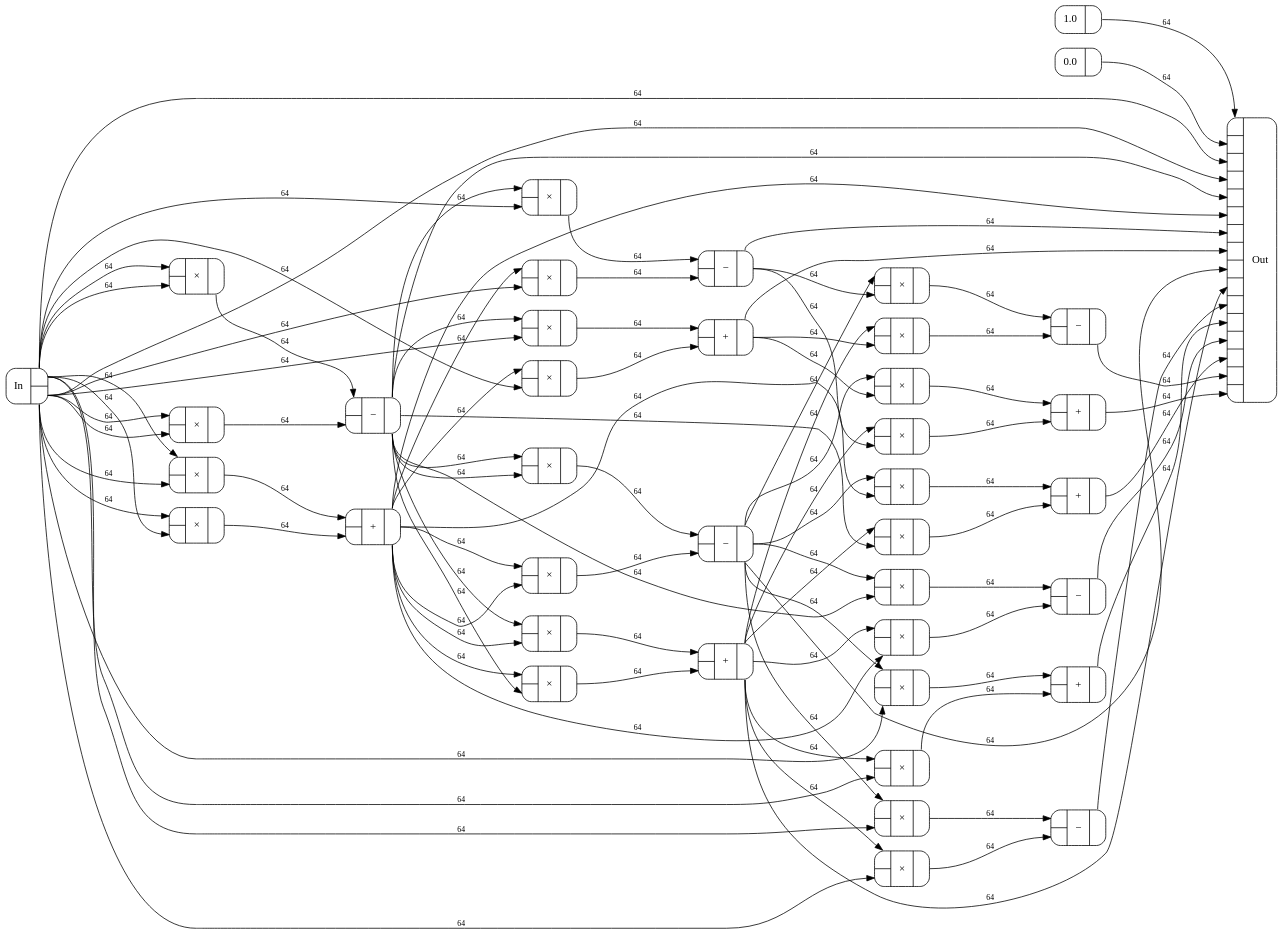
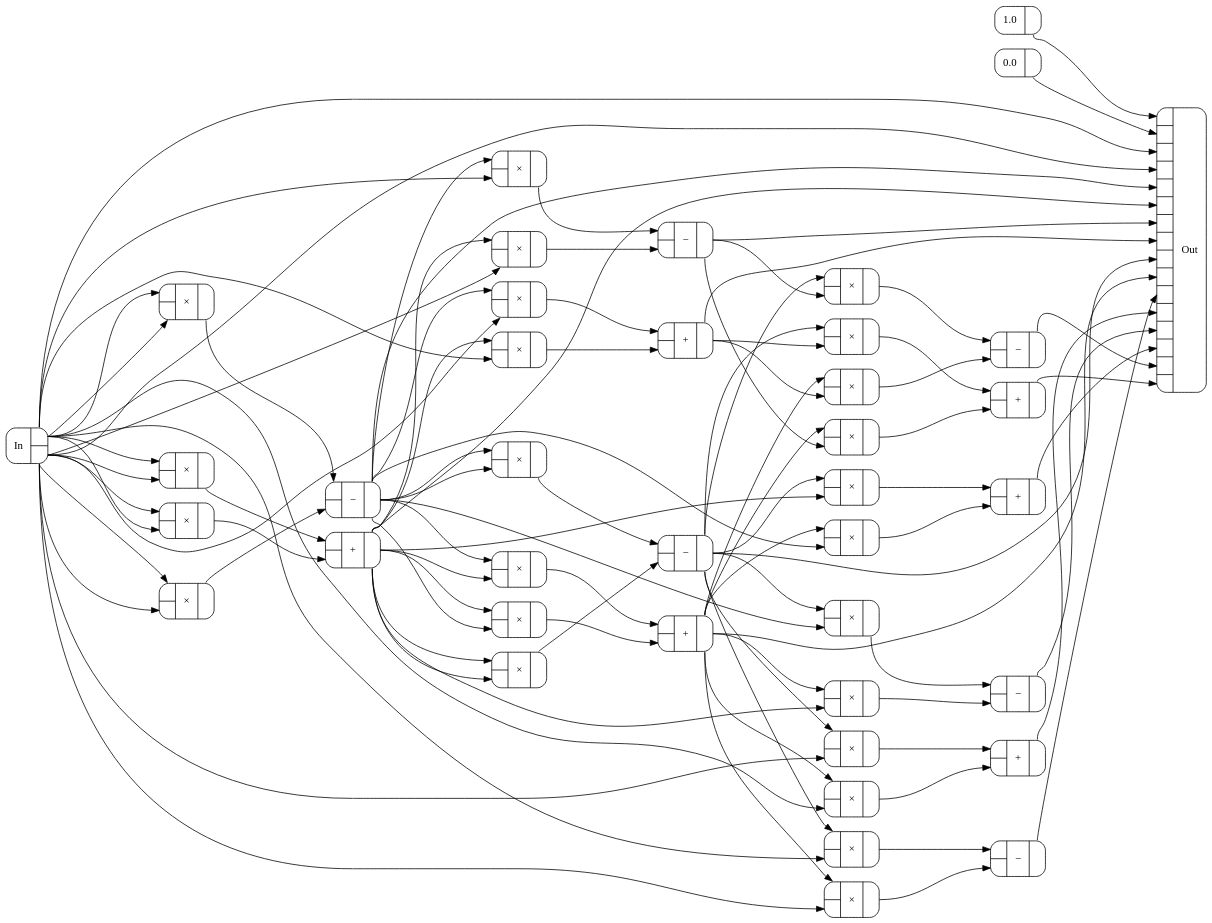
The diagram in Figures/circuits/powersp-rb3-c.dot (conal/talk-2016-generic-fft), drawn with Graphviz before and after one commit. The commit also changed 5 other files, not shown here.

```diff
--- a/Figures/circuits/powersp-rb3-c.dot
+++ b/Figures/circuits/powersp-rb3-c.dot
@@ -1,137 +1,137 @@
 digraph powersp_rb3_c {
   rankdir=LR;
   node [shape=Mrecord];
   bgcolor=transparent;
   nslimit=20;
   ranksep="2.0";
   c0 [label="{{<In0>|<In1>}|+|{<Out0>}}"];
   c1 [label="{{<In0>|<In1>}|+|{<Out0>}}"];
   c2 [label="{{<In0>|<In1>}|+|{<Out0>}}"];
   c4 [label="{{<In0>|<In1>}|+|{<Out0>}}"];
   c5 [label="{{<In0>|<In1>}|+|{<Out0>}}"];
   c6 [label="{{<In0>|<In1>}|+|{<Out0>}}"];
   c7 [label="{0.0|{<Out0>}}"];
   c8 [label="{1.0|{<Out0>}}"];
   c9 [label="{In|{<Out0>|<Out1>}}"];
   c10 [label="{{<In0>|<In1>|<In2>|<In3>|<In4>|<In5>|<In6>|<In7>|<In8>|<In9>|<In10>|<In11>|<In12>|<In13>|<In14>|<In15>}|Out}"];
   c11 [label="{{<In0>|<In1>}|\×|{<Out0>}}"];
   c12 [label="{{<In0>|<In1>}|\×|{<Out0>}}"];
   c13 [label="{{<In0>|<In1>}|\×|{<Out0>}}"];
   c14 [label="{{<In0>|<In1>}|\×|{<Out0>}}"];
   c15 [label="{{<In0>|<In1>}|\×|{<Out0>}}"];
   c16 [label="{{<In0>|<In1>}|\×|{<Out0>}}"];
   c17 [label="{{<In0>|<In1>}|\×|{<Out0>}}"];
   c18 [label="{{<In0>|<In1>}|\×|{<Out0>}}"];
   c19 [label="{{<In0>|<In1>}|\×|{<Out0>}}"];
   c20 [label="{{<In0>|<In1>}|\×|{<Out0>}}"];
   c21 [label="{{<In0>|<In1>}|\×|{<Out0>}}"];
   c22 [label="{{<In0>|<In1>}|\×|{<Out0>}}"];
   c23 [label="{{<In0>|<In1>}|\×|{<Out0>}}"];
   c24 [label="{{<In0>|<In1>}|\×|{<Out0>}}"];
   c25 [label="{{<In0>|<In1>}|\×|{<Out0>}}"];
   c26 [label="{{<In0>|<In1>}|\×|{<Out0>}}"];
   c29 [label="{{<In0>|<In1>}|\×|{<Out0>}}"];
   c30 [label="{{<In0>|<In1>}|\×|{<Out0>}}"];
   c31 [label="{{<In0>|<In1>}|\×|{<Out0>}}"];
   c32 [label="{{<In0>|<In1>}|\×|{<Out0>}}"];
   c33 [label="{{<In0>|<In1>}|\×|{<Out0>}}"];
   c34 [label="{{<In0>|<In1>}|\×|{<Out0>}}"];
   c37 [label="{{<In0>|<In1>}|\×|{<Out0>}}"];
   c38 [label="{{<In0>|<In1>}|\×|{<Out0>}}"];
   c39 [label="{{<In0>|<In1>}|\−|{<Out0>}}"];
   c40 [label="{{<In0>|<In1>}|\−|{<Out0>}}"];
   c41 [label="{{<In0>|<In1>}|\−|{<Out0>}}"];
   c43 [label="{{<In0>|<In1>}|\−|{<Out0>}}"];
   c44 [label="{{<In0>|<In1>}|\−|{<Out0>}}"];
   c45 [label="{{<In0>|<In1>}|\−|{<Out0>}}"];
-  c12:Out0 -> c0:In0 [label=64,fontsize=10];
-  c13:Out0 -> c0:In1 [label=64,fontsize=10];
-  c18:Out0 -> c1:In0 [label=64,fontsize=10];
-  c21:Out0 -> c1:In1 [label=64,fontsize=10];
-  c16:Out0 -> c2:In0 [label=64,fontsize=10];
-  c19:Out0 -> c2:In1 [label=64,fontsize=10];
-  c24:Out0 -> c4:In0 [label=64,fontsize=10];
-  c31:Out0 -> c4:In1 [label=64,fontsize=10];
-  c26:Out0 -> c5:In0 [label=64,fontsize=10];
-  c33:Out0 -> c5:In1 [label=64,fontsize=10];
-  c30:Out0 -> c6:In0 [label=64,fontsize=10];
-  c37:Out0 -> c6:In1 [label=64,fontsize=10];
-  c8:Out0 -> c10:In0 [label=64,fontsize=10];
-  c7:Out0 -> c10:In1 [label=64,fontsize=10];
-  c9:Out0 -> c10:In2 [label=64,fontsize=10];
-  c9:Out1 -> c10:In3 [label=64,fontsize=10];
-  c39:Out0 -> c10:In4 [label=64,fontsize=10];
-  c0:Out0 -> c10:In5 [label=64,fontsize=10];
-  c41:Out0 -> c10:In6 [label=64,fontsize=10];
-  c2:Out0 -> c10:In7 [label=64,fontsize=10];
-  c40:Out0 -> c10:In8 [label=64,fontsize=10];
-  c1:Out0 -> c10:In9 [label=64,fontsize=10];
-  c43:Out0 -> c10:In10 [label=64,fontsize=10];
-  c4:Out0 -> c10:In11 [label=64,fontsize=10];
-  c44:Out0 -> c10:In12 [label=64,fontsize=10];
-  c5:Out0 -> c10:In13 [label=64,fontsize=10];
-  c45:Out0 -> c10:In14 [label=64,fontsize=10];
-  c6:Out0 -> c10:In15 [label=64,fontsize=10];
-  c9:Out0 -> c11:In0 [label=64,fontsize=10];
-  c9:Out0 -> c11:In1 [label=64,fontsize=10];
-  c9:Out0 -> c12:In0 [label=64,fontsize=10];
-  c9:Out1 -> c12:In1 [label=64,fontsize=10];
-  c9:Out1 -> c13:In0 [label=64,fontsize=10];
-  c9:Out0 -> c13:In1 [label=64,fontsize=10];
-  c9:Out1 -> c14:In0 [label=64,fontsize=10];
-  c9:Out1 -> c14:In1 [label=64,fontsize=10];
-  c39:Out0 -> c15:In0 [label=64,fontsize=10];
-  c9:Out0 -> c15:In1 [label=64,fontsize=10];
-  c39:Out0 -> c16:In0 [label=64,fontsize=10];
-  c9:Out1 -> c16:In1 [label=64,fontsize=10];
-  c39:Out0 -> c17:In0 [label=64,fontsize=10];
-  c39:Out0 -> c17:In1 [label=64,fontsize=10];
-  c39:Out0 -> c18:In0 [label=64,fontsize=10];
-  c0:Out0 -> c18:In1 [label=64,fontsize=10];
-  c0:Out0 -> c19:In0 [label=64,fontsize=10];
-  c9:Out0 -> c19:In1 [label=64,fontsize=10];
-  c0:Out0 -> c20:In0 [label=64,fontsize=10];
-  c9:Out1 -> c20:In1 [label=64,fontsize=10];
-  c0:Out0 -> c21:In0 [label=64,fontsize=10];
-  c39:Out0 -> c21:In1 [label=64,fontsize=10];
-  c0:Out0 -> c22:In0 [label=64,fontsize=10];
-  c0:Out0 -> c22:In1 [label=64,fontsize=10];
-  c40:Out0 -> c23:In0 [label=64,fontsize=10];
-  c9:Out0 -> c23:In1 [label=64,fontsize=10];
-  c40:Out0 -> c24:In0 [label=64,fontsize=10];
-  c9:Out1 -> c24:In1 [label=64,fontsize=10];
-  c40:Out0 -> c25:In0 [label=64,fontsize=10];
-  c39:Out0 -> c25:In1 [label=64,fontsize=10];
-  c40:Out0 -> c26:In0 [label=64,fontsize=10];
-  c0:Out0 -> c26:In1 [label=64,fontsize=10];
-  c40:Out0 -> c29:In0 [label=64,fontsize=10];
-  c41:Out0 -> c29:In1 [label=64,fontsize=10];
-  c40:Out0 -> c30:In0 [label=64,fontsize=10];
-  c2:Out0 -> c30:In1 [label=64,fontsize=10];
-  c1:Out0 -> c31:In0 [label=64,fontsize=10];
-  c9:Out0 -> c31:In1 [label=64,fontsize=10];
-  c1:Out0 -> c32:In0 [label=64,fontsize=10];
-  c9:Out1 -> c32:In1 [label=64,fontsize=10];
-  c1:Out0 -> c33:In0 [label=64,fontsize=10];
-  c39:Out0 -> c33:In1 [label=64,fontsize=10];
-  c1:Out0 -> c34:In0 [label=64,fontsize=10];
-  c0:Out0 -> c34:In1 [label=64,fontsize=10];
-  c1:Out0 -> c37:In0 [label=64,fontsize=10];
-  c41:Out0 -> c37:In1 [label=64,fontsize=10];
-  c1:Out0 -> c38:In0 [label=64,fontsize=10];
-  c2:Out0 -> c38:In1 [label=64,fontsize=10];
-  c11:Out0 -> c39:In0 [label=64,fontsize=10];
-  c14:Out0 -> c39:In1 [label=64,fontsize=10];
-  c17:Out0 -> c40:In0 [label=64,fontsize=10];
-  c22:Out0 -> c40:In1 [label=64,fontsize=10];
-  c15:Out0 -> c41:In0 [label=64,fontsize=10];
-  c20:Out0 -> c41:In1 [label=64,fontsize=10];
-  c23:Out0 -> c43:In0 [label=64,fontsize=10];
-  c32:Out0 -> c43:In1 [label=64,fontsize=10];
-  c25:Out0 -> c44:In0 [label=64,fontsize=10];
-  c34:Out0 -> c44:In1 [label=64,fontsize=10];
-  c29:Out0 -> c45:In0 [label=64,fontsize=10];
-  c38:Out0 -> c45:In1 [label=64,fontsize=10];
+  c12:Out0 -> c0:In0;
+  c13:Out0 -> c0:In1;
+  c18:Out0 -> c1:In0;
+  c21:Out0 -> c1:In1;
+  c16:Out0 -> c2:In0;
+  c19:Out0 -> c2:In1;
+  c24:Out0 -> c4:In0;
+  c31:Out0 -> c4:In1;
+  c26:Out0 -> c5:In0;
+  c33:Out0 -> c5:In1;
+  c30:Out0 -> c6:In0;
+  c37:Out0 -> c6:In1;
+  c8:Out0 -> c10:In0;
+  c7:Out0 -> c10:In1;
+  c9:Out0 -> c10:In2;
+  c9:Out1 -> c10:In3;
+  c39:Out0 -> c10:In4;
+  c0:Out0 -> c10:In5;
+  c41:Out0 -> c10:In6;
+  c2:Out0 -> c10:In7;
+  c40:Out0 -> c10:In8;
+  c1:Out0 -> c10:In9;
+  c43:Out0 -> c10:In10;
+  c4:Out0 -> c10:In11;
+  c44:Out0 -> c10:In12;
+  c5:Out0 -> c10:In13;
+  c45:Out0 -> c10:In14;
+  c6:Out0 -> c10:In15;
+  c9:Out0 -> c11:In0;
+  c9:Out0 -> c11:In1;
+  c9:Out0 -> c12:In0;
+  c9:Out1 -> c12:In1;
+  c9:Out1 -> c13:In0;
+  c9:Out0 -> c13:In1;
+  c9:Out1 -> c14:In0;
+  c9:Out1 -> c14:In1;
+  c39:Out0 -> c15:In0;
+  c9:Out0 -> c15:In1;
+  c39:Out0 -> c16:In0;
+  c9:Out1 -> c16:In1;
+  c39:Out0 -> c17:In0;
+  c39:Out0 -> c17:In1;
+  c39:Out0 -> c18:In0;
+  c0:Out0 -> c18:In1;
+  c0:Out0 -> c19:In0;
+  c9:Out0 -> c19:In1;
+  c0:Out0 -> c20:In0;
+  c9:Out1 -> c20:In1;
+  c0:Out0 -> c21:In0;
+  c39:Out0 -> c21:In1;
+  c0:Out0 -> c22:In0;
+  c0:Out0 -> c22:In1;
+  c40:Out0 -> c23:In0;
+  c9:Out0 -> c23:In1;
+  c40:Out0 -> c24:In0;
+  c9:Out1 -> c24:In1;
+  c40:Out0 -> c25:In0;
+  c39:Out0 -> c25:In1;
+  c40:Out0 -> c26:In0;
+  c0:Out0 -> c26:In1;
+  c40:Out0 -> c29:In0;
+  c41:Out0 -> c29:In1;
+  c40:Out0 -> c30:In0;
+  c2:Out0 -> c30:In1;
+  c1:Out0 -> c31:In0;
+  c9:Out0 -> c31:In1;
+  c1:Out0 -> c32:In0;
+  c9:Out1 -> c32:In1;
+  c1:Out0 -> c33:In0;
+  c39:Out0 -> c33:In1;
+  c1:Out0 -> c34:In0;
+  c0:Out0 -> c34:In1;
+  c1:Out0 -> c37:In0;
+  c41:Out0 -> c37:In1;
+  c1:Out0 -> c38:In0;
+  c2:Out0 -> c38:In1;
+  c11:Out0 -> c39:In0;
+  c14:Out0 -> c39:In1;
+  c17:Out0 -> c40:In0;
+  c22:Out0 -> c40:In1;
+  c15:Out0 -> c41:In0;
+  c20:Out0 -> c41:In1;
+  c23:Out0 -> c43:In0;
+  c32:Out0 -> c43:In1;
+  c25:Out0 -> c44:In0;
+  c34:Out0 -> c44:In1;
+  c29:Out0 -> c45:In0;
+  c38:Out0 -> c45:In1;
 }
 
 // powersp-rb3-c components: 6 +, 1 0.0, 1 1.0, 24 ×, 6 −, 38 total. Max depth: 6.
```
